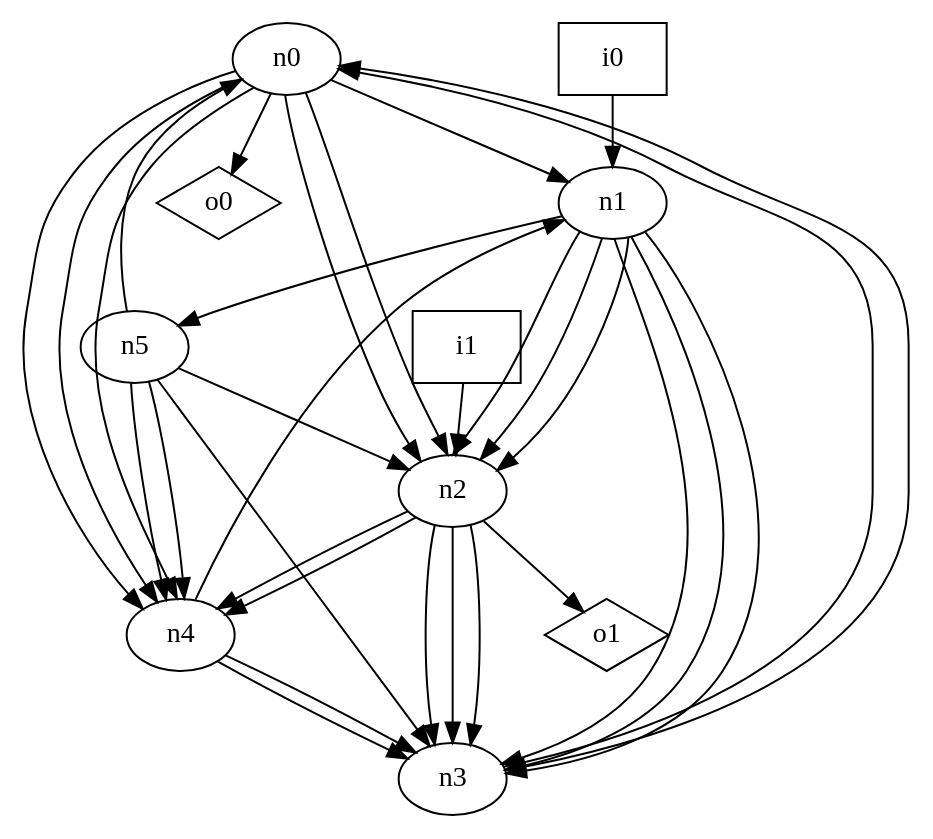
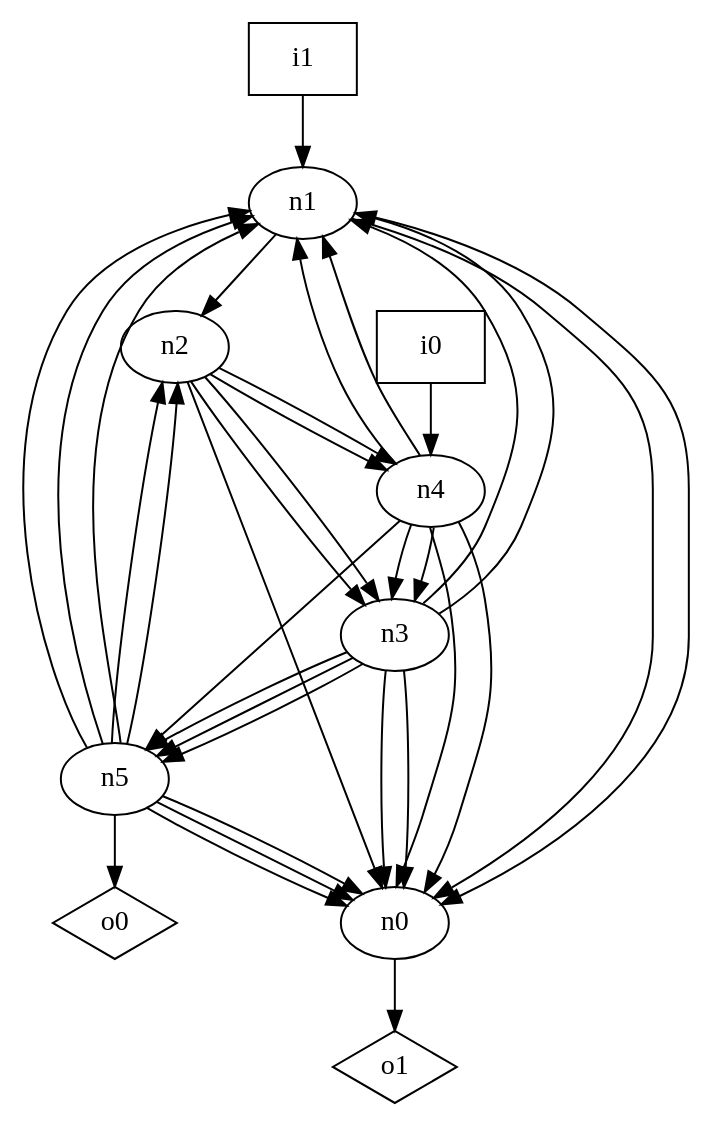
Before and after one commit to p9romain/bool-circuits: the diagram in dot_files/random_graph/oriented_graph.dot, drawn with Graphviz. The commit also changed 84 other files, not shown here.

```diff
--- a/dot_files/random_graph/oriented_graph.dot
+++ b/dot_files/random_graph/oriented_graph.dot
@@ -1,44 +1,46 @@
 digraph G {
 n0 [label="n0"];
 n1 [label="n1"];
 n2 [label="n2"];
 n3 [label="n3"];
 n4 [label="n4"];
 n5 [label="n5"];
 n6 [label="i0",shape="box"];
 n7 [label="i1",shape="box"];
 n8 [label="o0",shape="diamond"];
 n9 [label="o1",shape="diamond"];
-n0 -> n1
-n0 -> n2
-n0 -> n2
-n0 -> n4
-n0 -> n4
-n0 -> n4
-n0 -> n8
+n0 -> n9
+n1 -> n0
+n1 -> n0
 n1 -> n2
-n1 -> n2
-n1 -> n2
-n1 -> n3
-n1 -> n3
-n1 -> n3
-n1 -> n5
-n2 -> n3
+n2 -> n0
 n2 -> n3
 n2 -> n3
 n2 -> n4
 n2 -> n4
-n2 -> n9
 n3 -> n0
 n3 -> n0
+n3 -> n1
+n3 -> n1
+n3 -> n5
+n3 -> n5
+n3 -> n5
+n4 -> n0
+n4 -> n0
+n4 -> n1
 n4 -> n1
 n4 -> n3
 n4 -> n3
+n4 -> n5
 n5 -> n0
+n5 -> n0
+n5 -> n0
+n5 -> n1
+n5 -> n1
+n5 -> n1
 n5 -> n2
-n5 -> n3
-n5 -> n4
-n5 -> n4
-n6 -> n1
-n7 -> n2
+n5 -> n2
+n5 -> n8
+n6 -> n4
+n7 -> n1
 }
```
